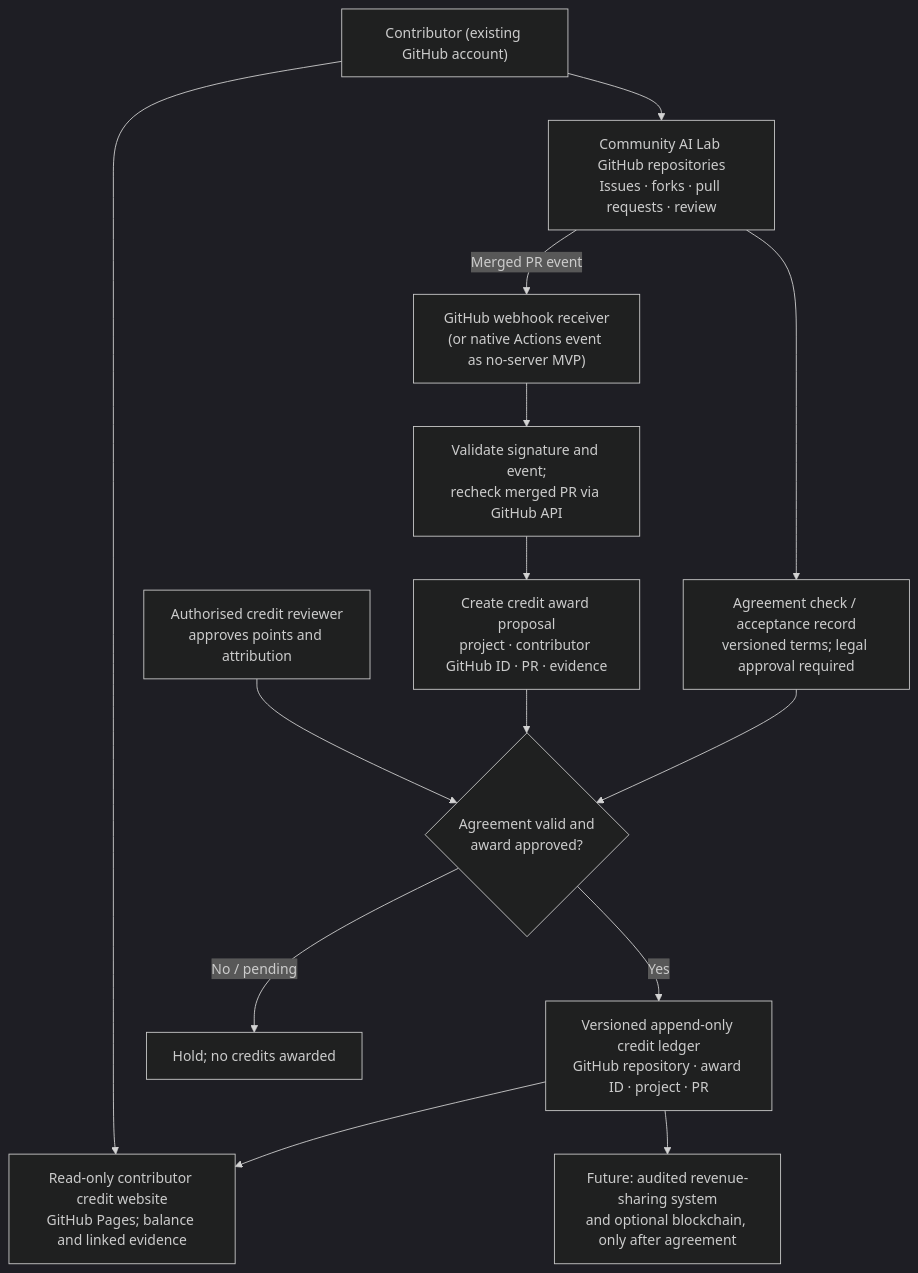
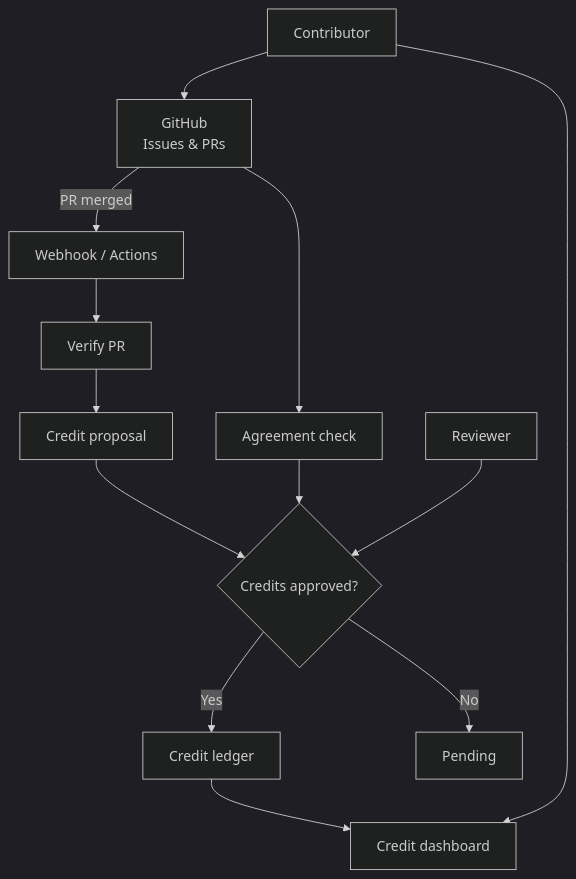
The diagram in docs/architecture.md (Community-AI-Lab/platform), drawn with Mermaid (dark theme) before and after one commit.

Commit message:
docs: simplify system diagram labels

````diff
--- a/docs/architecture.md
+++ b/docs/architecture.md
@@ -13,16 +13,15 @@
 ```mermaid
 flowchart TD
-  Person["Contributor (existing GitHub account)"] --> Repo["Community AI Lab GitHub repositories<br/>Issues · forks · pull requests · review"]
-  Repo --> Agree["Agreement check / acceptance record<br/>versioned terms; legal approval required"]
-  Repo -- "Merged PR event" --> Hook["GitHub webhook receiver<br/>(or native Actions event as no-server MVP)"]
-  Hook --> Verify["Validate signature and event;<br/>recheck merged PR via GitHub API"]
-  Verify --> Proposal["Create credit award proposal<br/>project · contributor GitHub ID · PR · evidence"]
-  Agree --> Gate{"Agreement valid and<br/>award approved?"}
-  Proposal --> Gate
-  Reviewer["Authorised credit reviewer<br/>approves points and attribution"] --> Gate
-  Gate -- "Yes" --> Ledger["Versioned append-only credit ledger<br/>GitHub repository · award ID · project · PR"]
-  Gate -- "No / pending" --> Hold["Hold; no credits awarded"]
-  Ledger --> Display["Read-only contributor credit website<br/>GitHub Pages; balance and linked evidence"]
-  Person --> Display
-  Ledger --> Future["Future: audited revenue-sharing system<br/>and optional blockchain, only after agreement"]
+  Contributor["Contributor"] --> GitHub["GitHub<br/>Issues & PRs"]
+  GitHub --> Agreement["Agreement check"]
+  GitHub -- "PR merged" --> Webhook["Webhook / Actions"]
+  Webhook --> Verify["Verify PR"]
+  Verify --> Proposal["Credit proposal"]
+  Proposal --> Approval{"Credits approved?"}
+  Agreement --> Approval
+  Reviewer["Reviewer"] --> Approval
+  Approval -- "Yes" --> Ledger["Credit ledger"]
+  Approval -- "No" --> Hold["Pending"]
+  Ledger --> Dashboard["Credit dashboard"]
+  Contributor --> Dashboard
 ```
````
